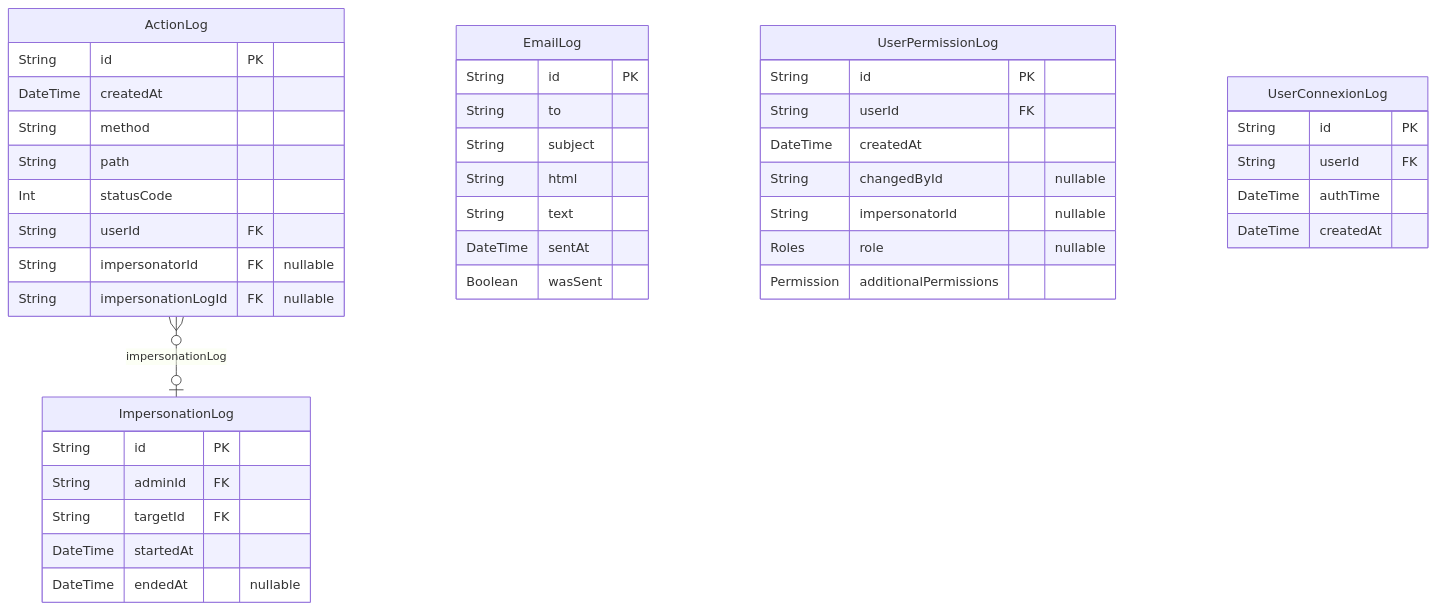
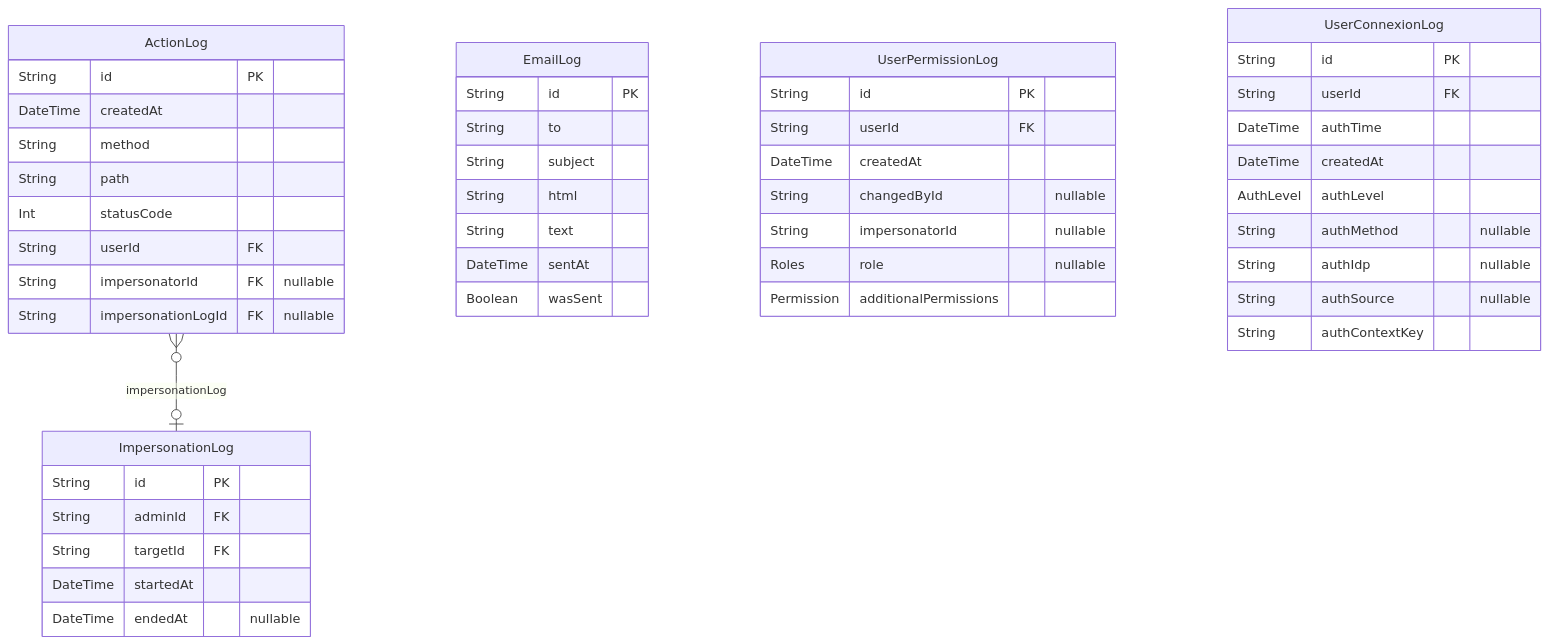
Before and after one commit to dnum-mi/referentiel-applications: diagram 15 of 15 in backend/prisma/docs/schema.md, drawn with Mermaid. The commit also changed other lines of this file and 80 other files, not shown here.

````diff
--- a/backend/prisma/docs/schema.md
+++ b/backend/prisma/docs/schema.md
@@ -1351,45 +1351,50 @@
 ```mermaid
 erDiagram
 "ActionLog" {
   String id PK
   DateTime createdAt
   String method
   String path
   Int statusCode
   String userId FK
   String impersonatorId FK "nullable"
   String impersonationLogId FK "nullable"
 }
 "EmailLog" {
   String id PK
   String to
   String subject
   String html
   String text
   DateTime sentAt
   Boolean wasSent
 }
 "UserPermissionLog" {
   String id PK
   String userId FK
   DateTime createdAt
   String changedById "nullable"
   String impersonatorId "nullable"
   Roles role "nullable"
   Permission additionalPermissions
 }
 "UserConnexionLog" {
   String id PK
   String userId FK
   DateTime authTime
   DateTime createdAt
+  AuthLevel authLevel
+  String authMethod "nullable"
+  String authIdp "nullable"
+  String authSource "nullable"
+  String authContextKey
 }
 "ImpersonationLog" {
   String id PK
   String adminId FK
   String targetId FK
   DateTime startedAt
   DateTime endedAt "nullable"
 }
 "ActionLog" }o--o| "ImpersonationLog" : impersonationLog
 ```
````
